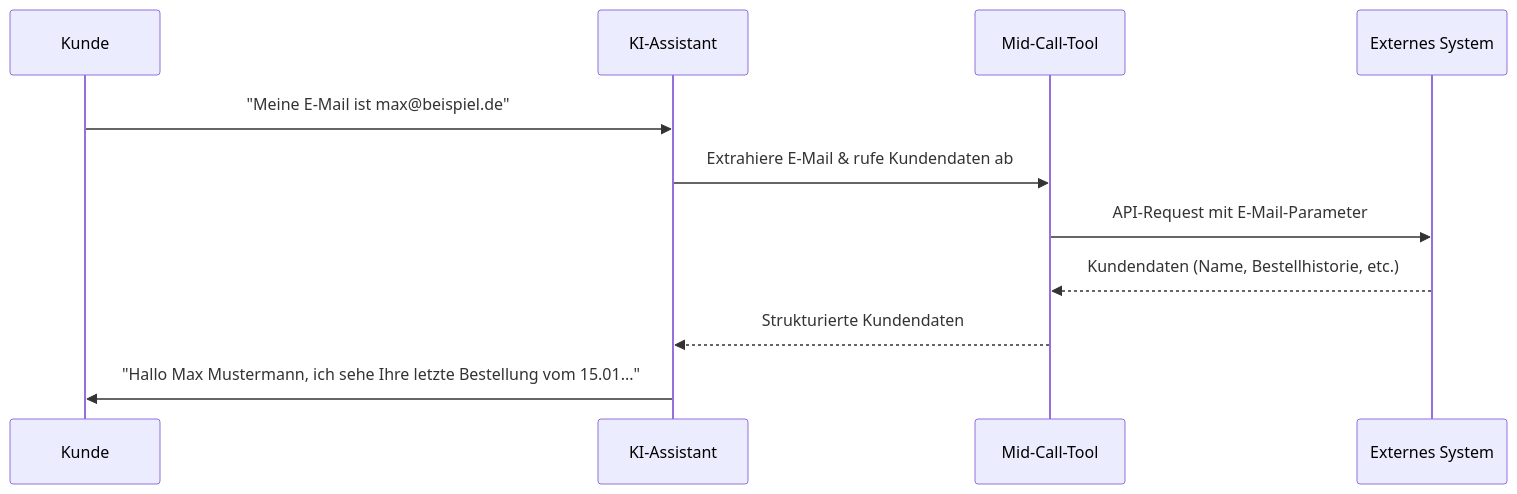
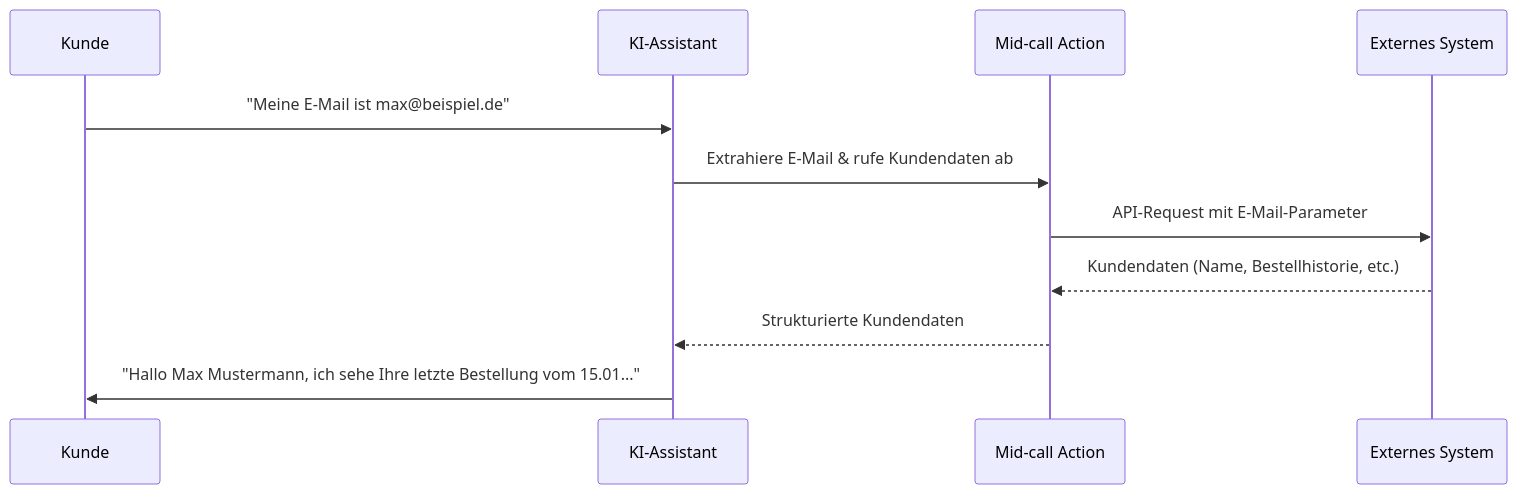
Before and after one commit to bekgroup/Famulor-docs-de: the first of 2 diagrams in automation-platform/mid-call-tools/was-sind-mid-call-tools.mdx, drawn with Mermaid. The commit also changed other lines of this file and 42 other files, not shown here.

Commit message:
mid call actions

````diff
--- a/automation-platform/mid-call-tools/was-sind-mid-call-tools.mdx
+++ b/automation-platform/mid-call-tools/was-sind-mid-call-tools.mdx
@@ -30,14 +30,14 @@
 ```mermaid
 sequenceDiagram
     participant K as Kunde
     participant A as KI-Assistant
-    participant T as Mid-Call-Tool
+    participant T as Mid-call Action
     participant S as Externes System
     
     K->>A: "Meine E-Mail ist max@beispiel.de"
     A->>T: Extrahiere E-Mail & rufe Kundendaten ab
     T->>S: API-Request mit E-Mail-Parameter
     S-->>T: Kundendaten (Name, Bestellhistorie, etc.)
     T-->>A: Strukturierte Kundendaten
     A->>K: "Hallo Max Mustermann, ich sehe Ihre letzte Bestellung vom 15.01..."
 ```
````
